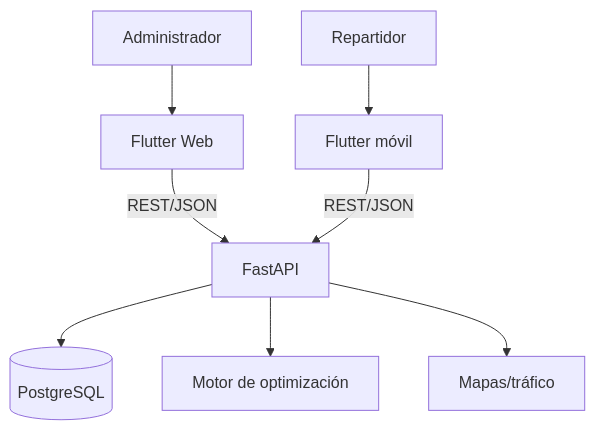
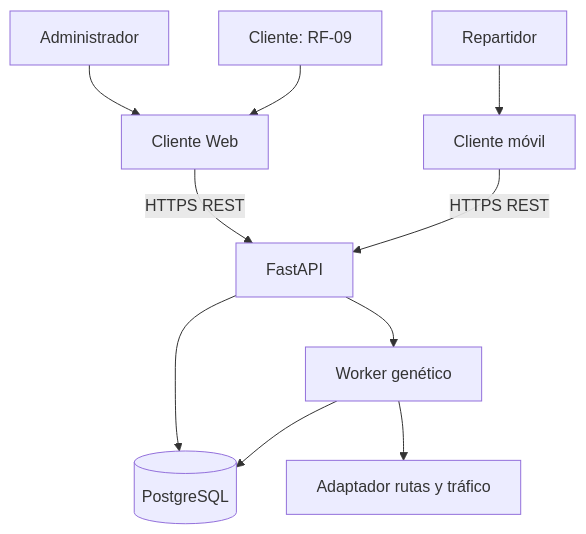
Before and after one commit to DartBlackLink/PFA: the diagram in README.md, drawn with Mermaid. The commit also changed other lines of this file and 203 other files, not shown here.

````diff
--- a/README.md
+++ b/README.md
@@ -34,10 +72,12 @@
 ```mermaid
 flowchart TD
-    ADMIN[Administrador] --> WEB[Flutter Web]
-    REP[Repartidor] --> MOB[Flutter móvil]
-    WEB -->|REST/JSON| API[FastAPI]
-    MOB -->|REST/JSON| API
+    A[Administrador] --> W[Cliente Web]
+    C[Cliente: RF-09] --> W
+    R[Repartidor] --> M[Cliente móvil]
+    W -->|HTTPS REST| API[FastAPI]
+    M -->|HTTPS REST| API
     API --> DB[(PostgreSQL)]
-    API --> OPT[Motor de optimización]
-    API --> MAP[Mapas/tráfico]
+    API --> OP[Worker genético]
+    OP --> DB
+    OP --> AD[Adaptador rutas y tráfico]
 ```
````
